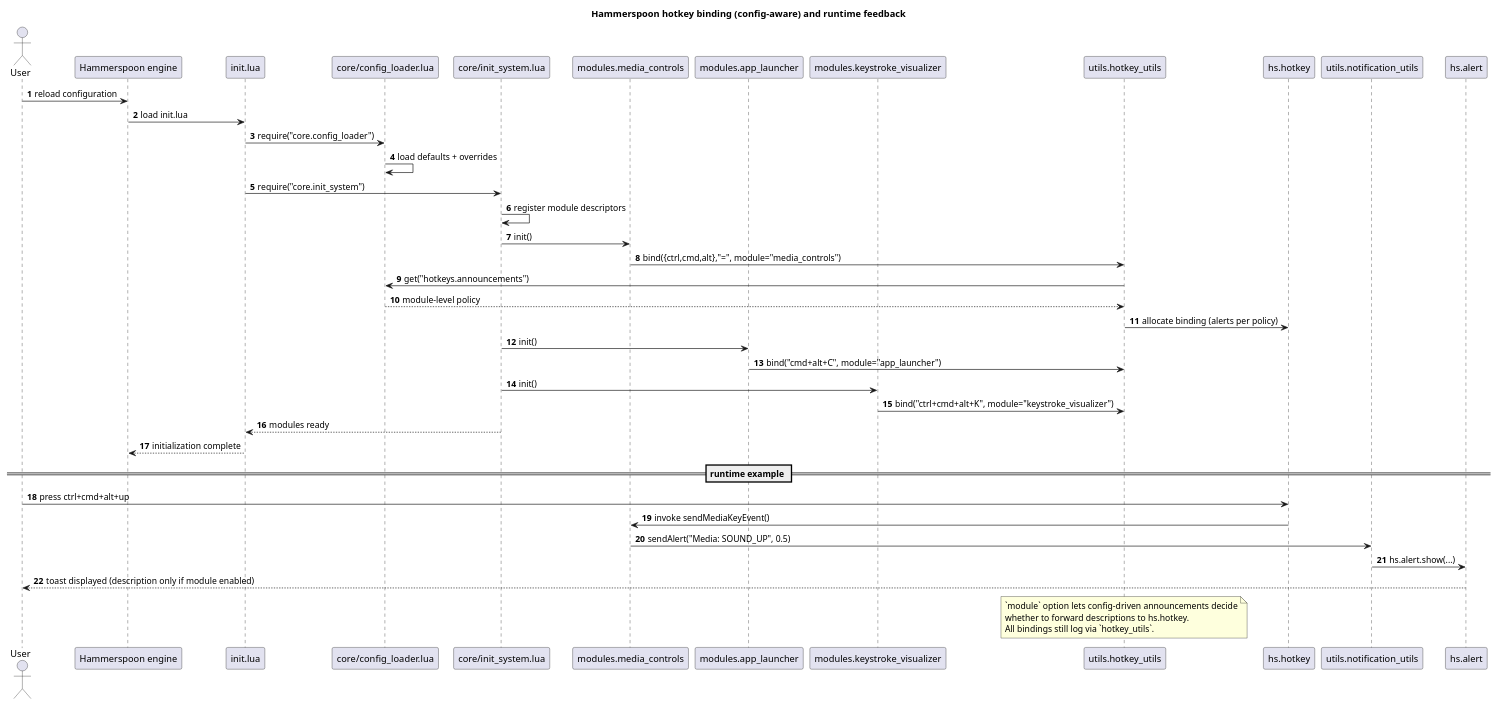
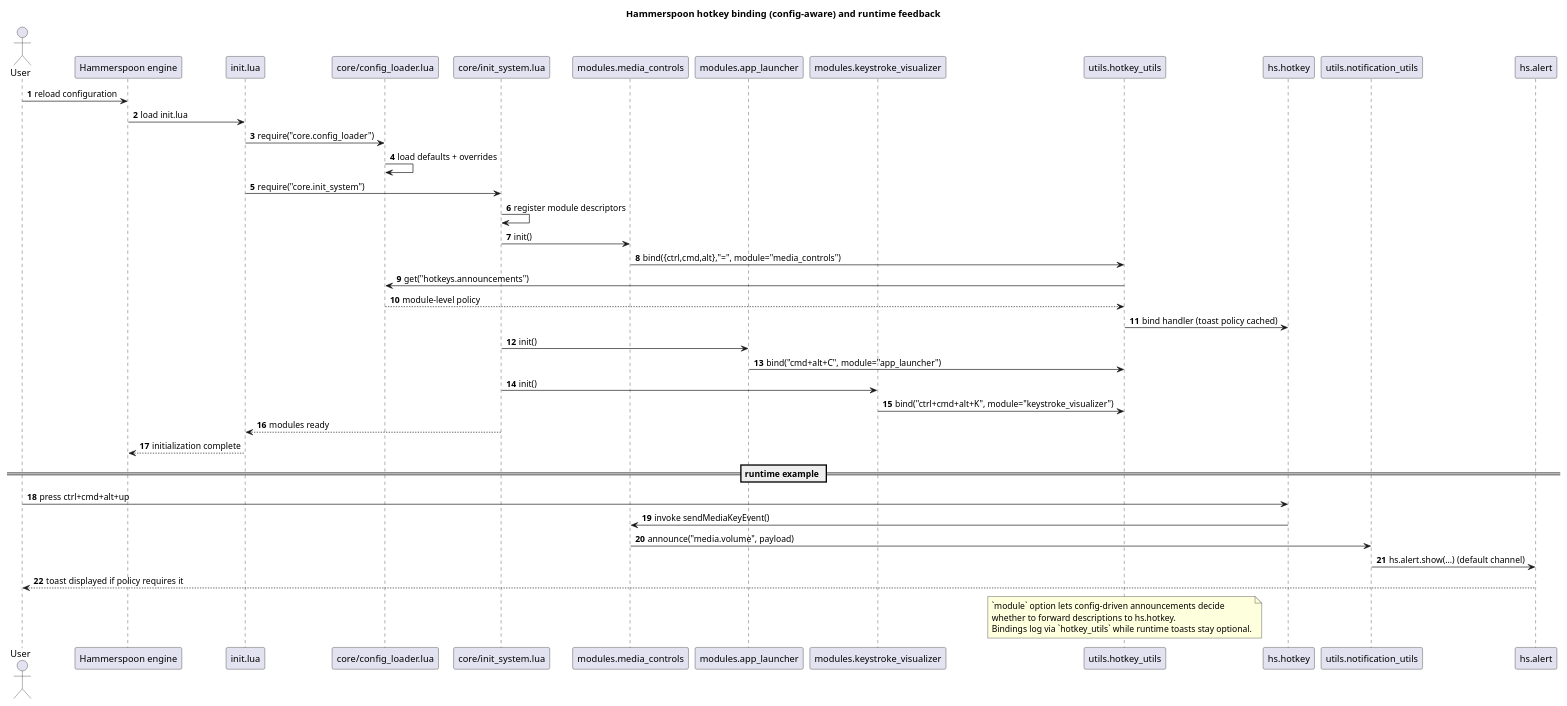
Before and after one commit to CsHeng/dot-hammerspoon: the diagram in docs/overall_sequence.puml, drawn with PlantUML. The commit also changed 12 other files, not shown here.

```diff
--- a/docs/overall_sequence.puml
+++ b/docs/overall_sequence.puml
@@ -1,50 +1,50 @@
 @startuml HammerspoonOverallSequence
 title Hammerspoon hotkey binding (config-aware) and runtime feedback
 
 actor User as user
 participant "Hammerspoon engine" as engine
 participant "init.lua" as init
 participant "core/config_loader.lua" as configLoader
 participant "core/init_system.lua" as initSystem
 participant "modules.media_controls" as media
 participant "modules.app_launcher" as launcher
 participant "modules.keystroke_visualizer" as keyviz
 participant "utils.hotkey_utils" as hotkeyUtils
 participant "hs.hotkey" as hsHotkey
 participant "utils.notification_utils" as notification
 participant "hs.alert" as alert
 
 autonumber
 
 user -> engine: reload configuration
 engine -> init: load init.lua
 init -> configLoader: require("core.config_loader")
 configLoader -> configLoader: load defaults + overrides
 init -> initSystem: require("core.init_system")
 initSystem -> initSystem: register module descriptors
 initSystem -> media: init()
 media -> hotkeyUtils: bind({ctrl,cmd,alt},"=", module="media_controls")
 hotkeyUtils -> configLoader: get("hotkeys.announcements")
 configLoader --> hotkeyUtils: module-level policy
-hotkeyUtils -> hsHotkey: allocate binding (alerts per policy)
+hotkeyUtils -> hsHotkey: bind handler (toast policy cached)
 initSystem -> launcher: init()
 launcher -> hotkeyUtils: bind("cmd+alt+C", module="app_launcher")
 initSystem -> keyviz: init()
 keyviz -> hotkeyUtils: bind("ctrl+cmd+alt+K", module="keystroke_visualizer")
 initSystem --> init: modules ready
 init --> engine: initialization complete
 
 == runtime example ==
 user -> hsHotkey: press ctrl+cmd+alt+up
 hsHotkey -> media: invoke sendMediaKeyEvent()
-media -> notification: sendAlert("Media: SOUND_UP", 0.5)
-notification -> alert: hs.alert.show(...)
-alert --> user: toast displayed (description only if module enabled)
+media -> notification: announce("media.volume", payload)
+notification -> alert: hs.alert.show(...) (default channel)
+alert --> user: toast displayed if policy requires it
 
 note over hotkeyUtils
 `module` option lets config-driven announcements decide
 whether to forward descriptions to hs.hotkey.
-All bindings still log via `hotkey_utils`.
+Bindings log via `hotkey_utils` while runtime toasts stay optional.
 end note
 
 @enduml
```
